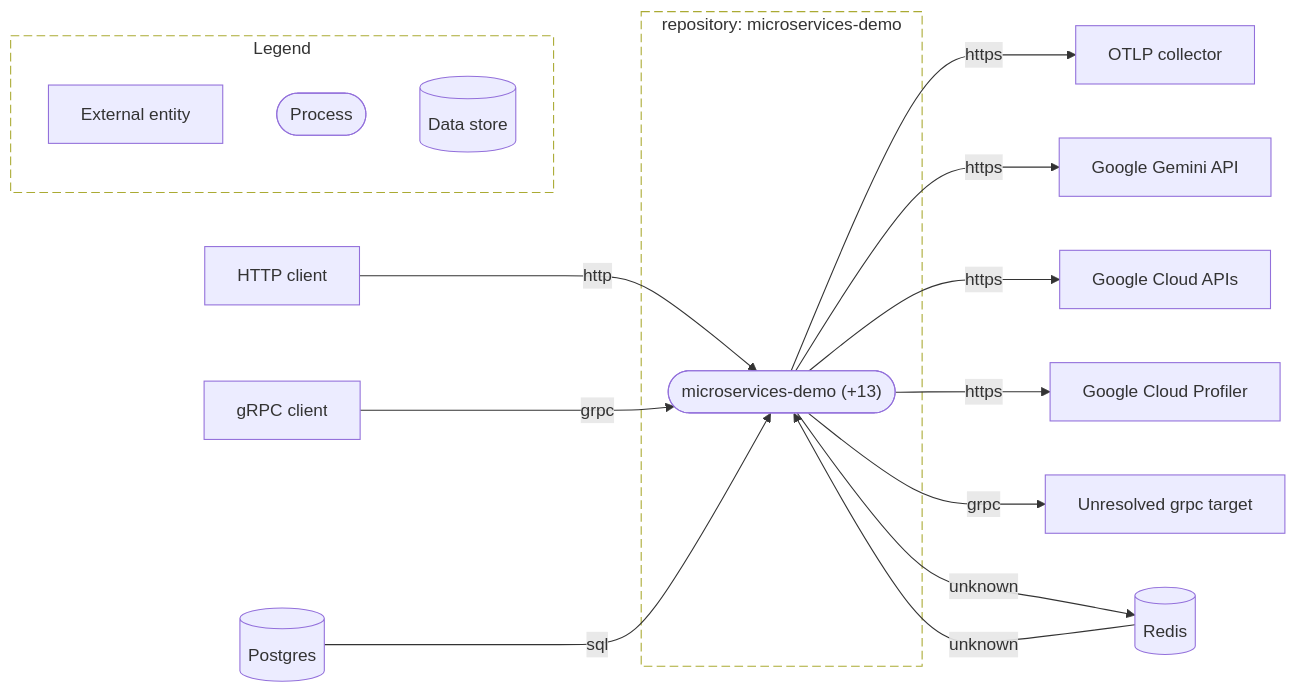
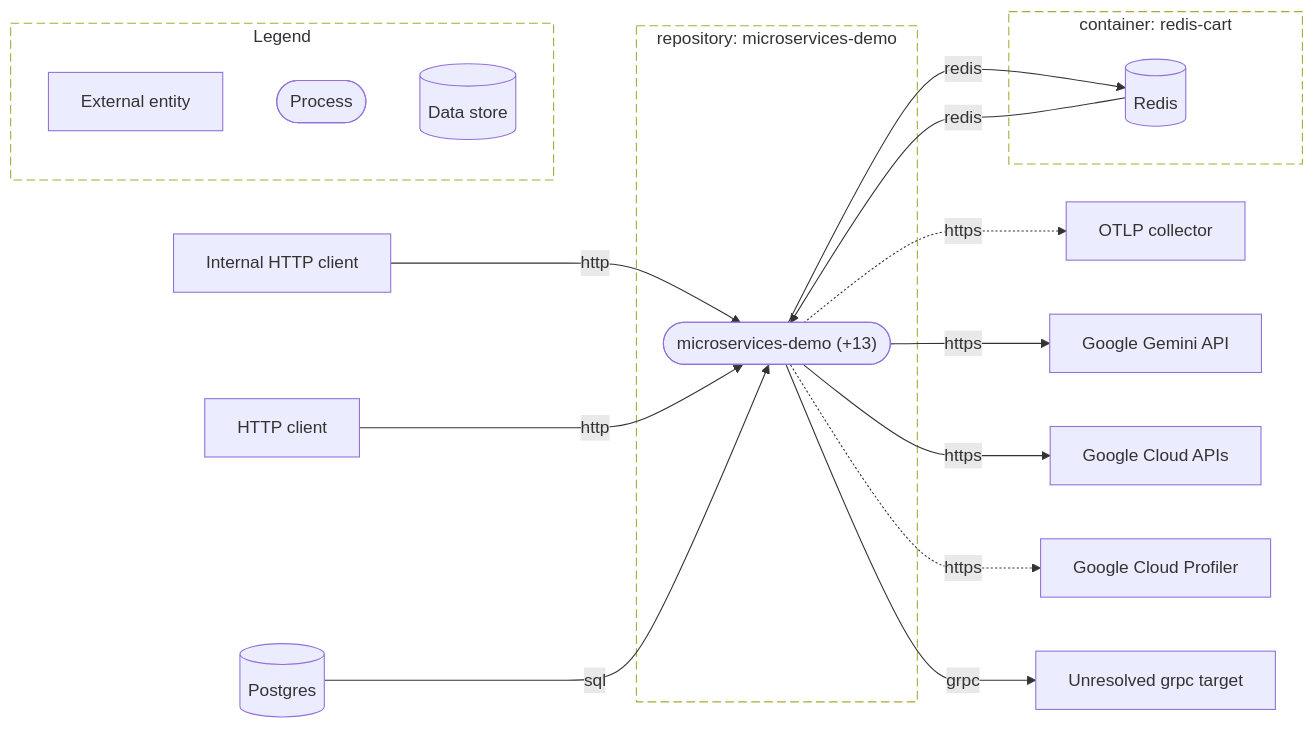
One commit to AskShri/code2designmapping changed the diagram in evaluation/microservices-demo/diagrams/dfd-l0.mmd. Above: the diagram before and after it, drawn with Mermaid. The commit also changed 525 other files, not shown here.

First line of the commit message:
code2design v0.5: one fact vocabulary, one routing model, class-aware call graph

```diff
--- a/evaluation/microservices-demo/diagrams/dfd-l0.mmd
+++ b/evaluation/microservices-demo/diagrams/dfd-l0.mmd
@@ -1,31 +1,34 @@
-%% L0 context: microservices-demo
+%% L0 context - microservices-demo
 flowchart LR
   subgraph bnd_57uwq6gika["repository: microservices-demo"]
-    proc_n5rg6wc7ft(["microservices-demo (+13)"])
+    proc_lnqlxugis3(["microservices-demo (+13)"])
   end
+  subgraph bnd_csk6vn7y5l["container: redis-cart"]
+    store_uvgsvq5qlm[("Redis")]
+  end
+  ext_3nnzcvcul3["Internal HTTP client"]
   ext_5glqr7zsb5["OTLP collector"]
   ext_e2lwbbcouh["Google Gemini API"]
   ext_sga4qktkap["HTTP client"]
-  ext_sqc242xzn7["gRPC client"]
   ext_vpmyo25x2y["Google Cloud APIs"]
   ext_wnxd2gtvsa["Google Cloud Profiler"]
   ext_xwfpv7zyiv["Unresolved grpc target"]
   store_ctwgzvsuvh[("Postgres")]
-  store_uvgsvq5qlm[("Redis")]
-  ext_sga4qktkap -->|"http"| proc_n5rg6wc7ft
-  ext_sqc242xzn7 -->|"grpc"| proc_n5rg6wc7ft
-  proc_n5rg6wc7ft -->|"https"| ext_5glqr7zsb5
-  proc_n5rg6wc7ft -->|"https"| ext_e2lwbbcouh
-  proc_n5rg6wc7ft -->|"https"| ext_vpmyo25x2y
-  proc_n5rg6wc7ft -->|"https"| ext_wnxd2gtvsa
-  proc_n5rg6wc7ft -->|"grpc"| ext_xwfpv7zyiv
-  proc_n5rg6wc7ft -->|"unknown"| store_uvgsvq5qlm
-  store_ctwgzvsuvh -->|"sql"| proc_n5rg6wc7ft
-  store_uvgsvq5qlm -->|"unknown"| proc_n5rg6wc7ft
+  ext_3nnzcvcul3 -->|"http"| proc_lnqlxugis3
+  ext_sga4qktkap -->|"http"| proc_lnqlxugis3
+  proc_lnqlxugis3 -.->|"https"| ext_5glqr7zsb5
+  proc_lnqlxugis3 -->|"https"| ext_e2lwbbcouh
+  proc_lnqlxugis3 -->|"https"| ext_vpmyo25x2y
+  proc_lnqlxugis3 -.->|"https"| ext_wnxd2gtvsa
+  proc_lnqlxugis3 -->|"grpc"| ext_xwfpv7zyiv
+  proc_lnqlxugis3 -->|"redis"| store_uvgsvq5qlm
+  store_ctwgzvsuvh -->|"sql"| proc_lnqlxugis3
+  store_uvgsvq5qlm -->|"redis"| proc_lnqlxugis3
   style bnd_57uwq6gika stroke-dasharray: 8 4,fill:none
+  style bnd_csk6vn7y5l stroke-dasharray: 8 4,fill:none
   subgraph legend["Legend"]
     lg_e["External entity"]
     lg_p(["Process"])
     lg_s[("Data store")]
   end
   style legend stroke-dasharray: 8 4,fill:none
```
